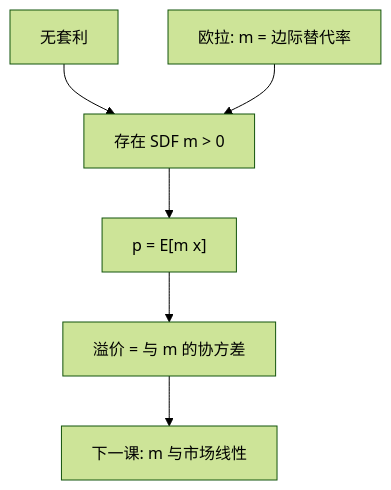
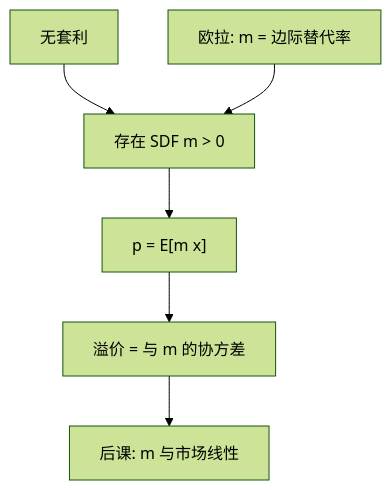
One commit to xhongduo-tech/xhongduo-tech.github.io changed the first of 2 diagrams in docs/econ/stochastic-discount-factor.md. Above: the diagram before and after it, drawn with Mermaid (forest theme). The commit also changed other lines of this file and 3 other files, not shown here.

````diff
--- a/docs/econ/stochastic-discount-factor.md
+++ b/docs/econ/stochastic-discount-factor.md
@@ -48,8 +48,8 @@
 ```mermaid
 flowchart TD
   NA["无套利"] --> M["存在 SDF m > 0"]
   EU["欧拉: m = 边际替代率"] --> M
   M --> PRICE["p = E[m x]"]
   PRICE --> COV["溢价 = 与 m 的协方差"]
-  COV --> CAPM["下一课: m 与市场线性"]
+  COV --> CAPM["后课: m 与市场线性"]
 ```
````
